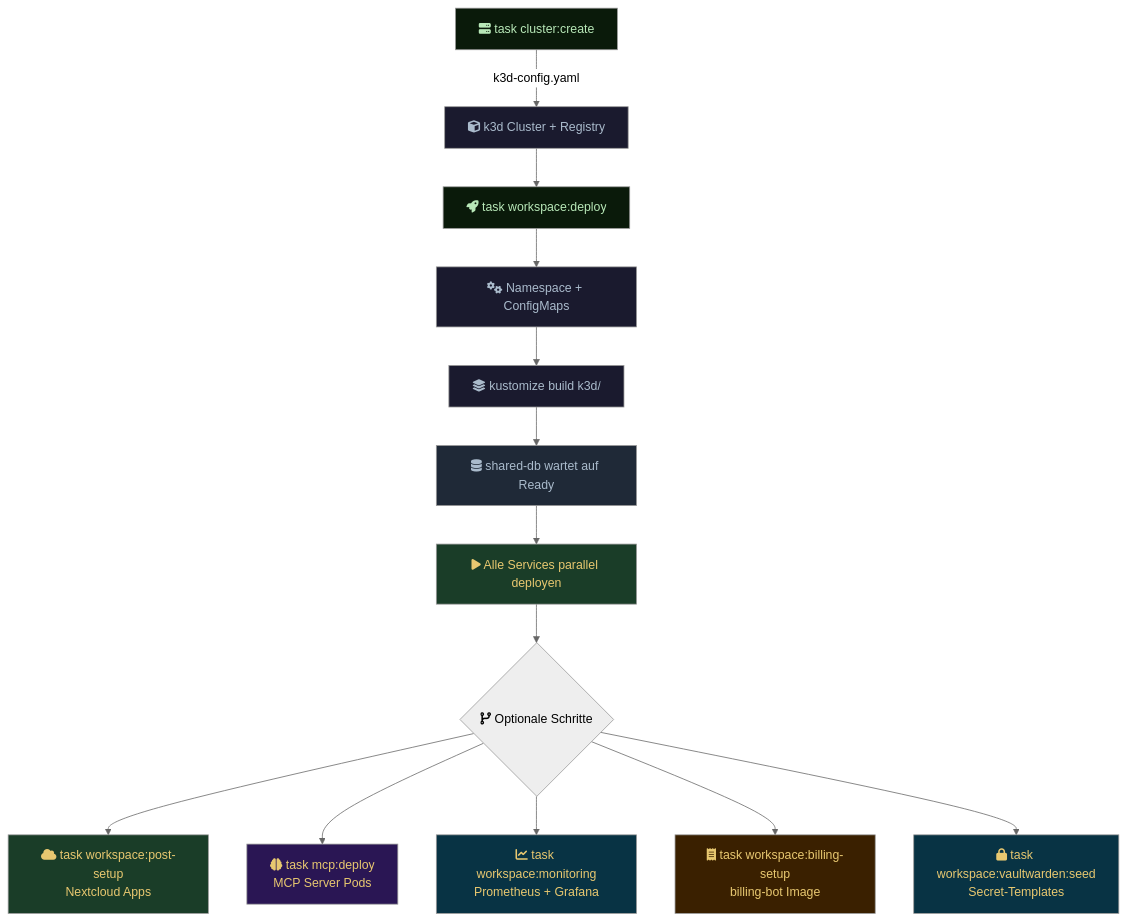
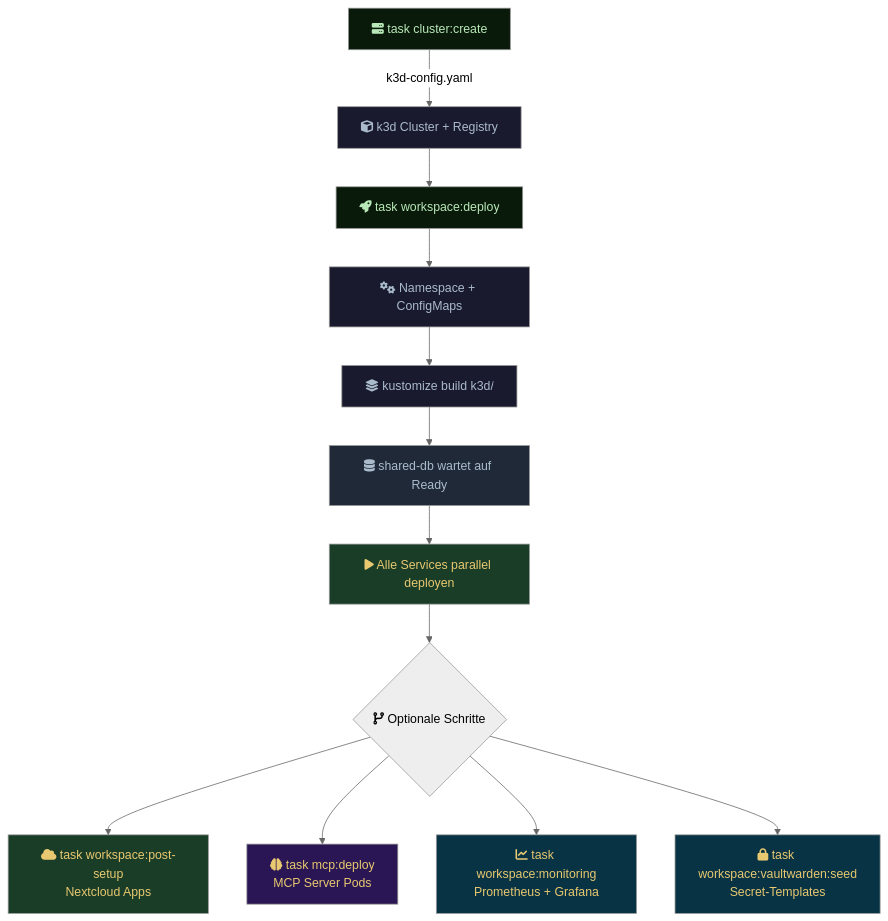
One commit to Paddione/Bachelorprojekt changed the ninth of 10 diagrams in docs/architecture.md. Above: the diagram before and after it, drawn with Mermaid (neutral theme). The commit also changed other lines of this file and 11 other files, not shown here.

First line of the commit message:
docs: overhaul documentation to reflect current architecture

````diff
--- a/docs/architecture.md
+++ b/docs/architecture.md
@@ -645,29 +571,27 @@
 ```mermaid
 flowchart TD
     A["fa:fa-server task cluster:create"] -->|k3d-config.yaml| B["fa:fa-cube k3d Cluster + Registry"]
     B --> C["fa:fa-rocket task workspace:deploy"]
     C --> D["fa:fa-cogs Namespace + ConfigMaps"]
     D --> E["fa:fa-layer-group kustomize build k3d/"]
     E --> F["fa:fa-database shared-db wartet auf Ready"]
     F --> G["fa:fa-play Alle Services parallel deployen"]
     G --> H{"fa:fa-code-branch Optionale Schritte"}
 
     H --> I["fa:fa-cloud task workspace:post-setup<br/>Nextcloud Apps"]
     H --> J["fa:fa-brain task mcp:deploy<br/>MCP Server Pods"]
     H --> K["fa:fa-chart-line task workspace:monitoring<br/>Prometheus + Grafana"]
-    H --> L["fa:fa-receipt task workspace:billing-setup<br/>billing-bot Image"]
     H --> M["fa:fa-lock task workspace:vaultwarden:seed<br/>Secret-Templates"]
 
     style A fill:#0a1a0a,color:#b8e8b8
     style B fill:#1a1a2e,color:#aabbcc
     style C fill:#0a1a0a,color:#b8e8b8
     style D fill:#1a1a2e,color:#aabbcc
     style E fill:#1a1a2e,color:#aabbcc
     style F fill:#1f2937,color:#aabbcc
     style G fill:#1a3d28,color:#e8c870
     style I fill:#1a3d28,color:#e8c870
     style J fill:#2a1654,color:#e8c870
     style K fill:#083344,color:#e8c870
-    style L fill:#3a2000,color:#e8c870
     style M fill:#083344,color:#e8c870
 ```
````
